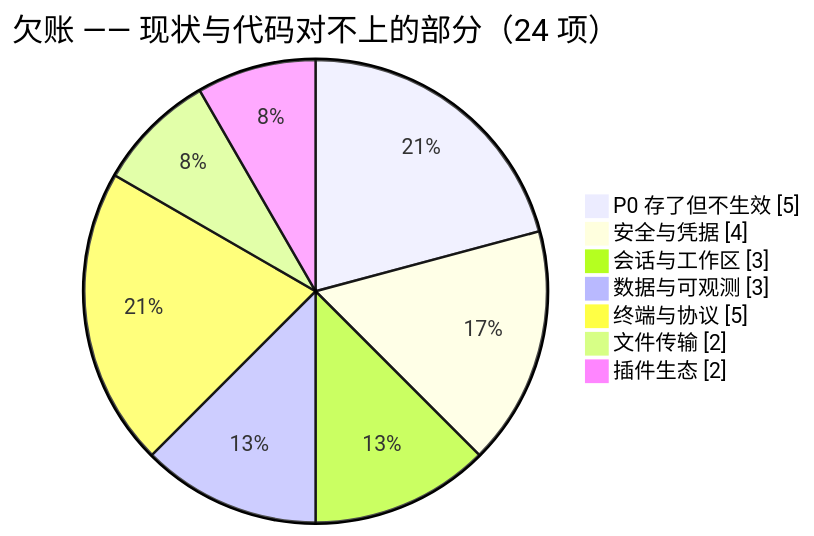
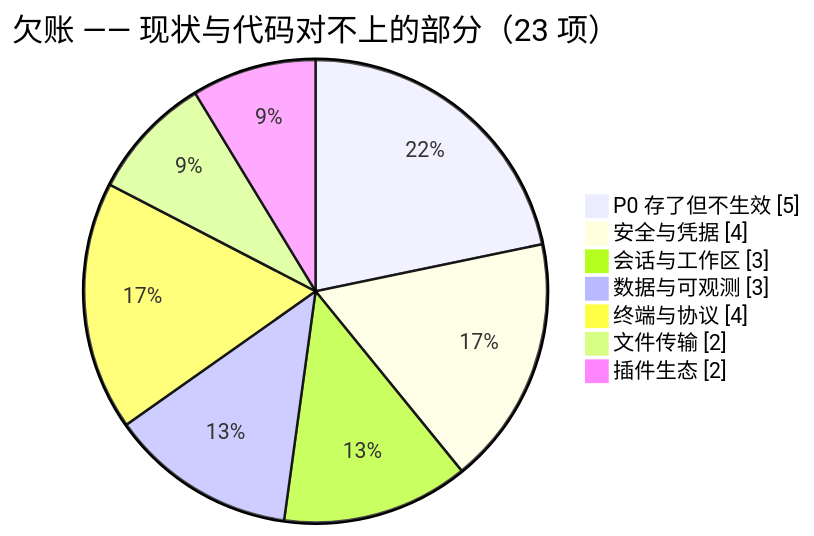
Before and after one commit to joesdu/VelaShell: the first of 2 diagrams in feature-plan.md, drawn with Mermaid. The commit also changed other lines of this file and 3 other files, not shown here.

````diff
--- a/feature-plan.md
+++ b/feature-plan.md
@@ -39,11 +39,11 @@
 ```mermaid
 pie showData
-    title 欠账 —— 现状与代码对不上的部分（24 项）
+    title 欠账 —— 现状与代码对不上的部分（23 项）
     "P0 存了但不生效" : 5
     "安全与凭据" : 4
     "会话与工作区" : 3
     "数据与可观测" : 3
-    "终端与协议" : 5
+    "终端与协议" : 4
     "文件传输" : 2
     "插件生态" : 2
 ```
````
